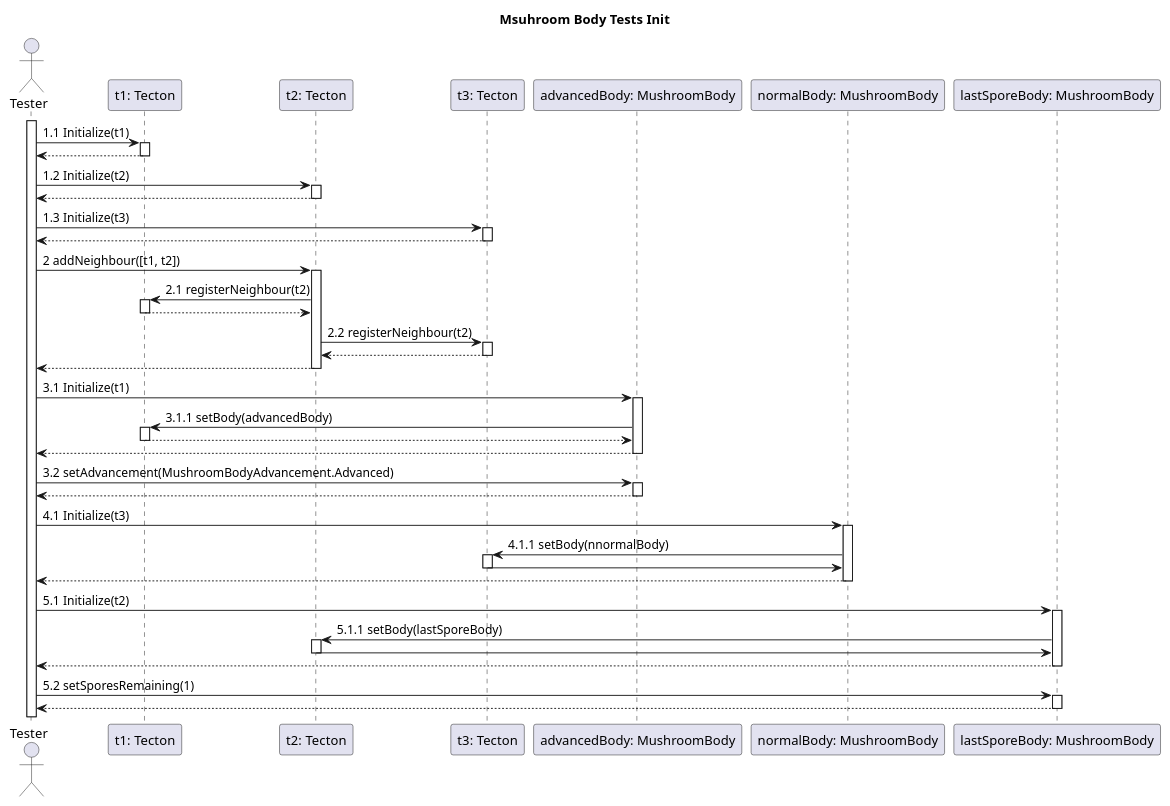
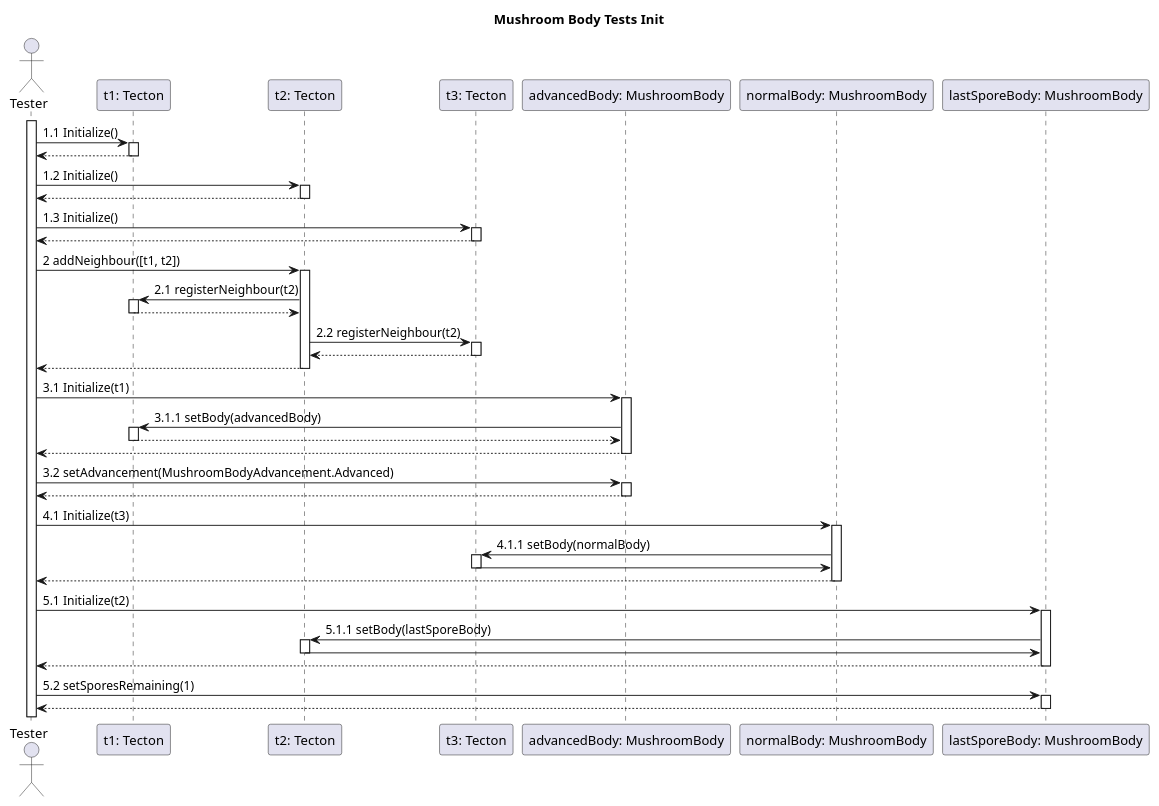
The diagram in diagrams/test-sequence/mushroom/communication-diagrams/mushroomBodyTestsInit.wsd (dzsem/projlab), drawn with PlantUML before and after one commit. The commit also changed 7 other files, not shown here.

Commit message:
Fixed problems in mushroomThreadTestsInit and in mushroomThreadDie, typos and added titles

```diff
--- a/diagrams/test-sequence/mushroom/communication-diagrams/mushroomBodyTestsInit.wsd
+++ b/diagrams/test-sequence/mushroom/communication-diagrams/mushroomBodyTestsInit.wsd
@@ -1,94 +1,94 @@
 @startuml Mushroom Body Tests Init
 
-title Msuhroom Body Tests Init
+title Mushroom Body Tests Init
 
 actor "Tester" as tester
 
 participant "t1: Tecton" as t1
 participant "t2: Tecton" as t2
 participant "t3: Tecton" as t3
 
 participant "advancedBody: MushroomBody" as amb
 participant "normalBody: MushroomBody" as nmb
 participant "lastSporeBody: MushroomBody" as lsmb
 
 activate tester
 
 'Init tectons
-tester -> t1: 1.1 Initialize(t1)
+tester -> t1: 1.1 Initialize()
 activate t1
 t1 --> tester
 deactivate t1
 
-tester -> t2: 1.2 Initialize(t2)
+tester -> t2: 1.2 Initialize()
 activate t2
 t2 --> tester
 deactivate t2
 
-tester -> t3: 1.3 Initialize(t3)
+tester -> t3: 1.3 Initialize()
 activate t3
 t3 --> tester
 deactivate t3
 
 'Set neighbours
 tester -> t2: 2 addNeighbour([t1, t2])
 activate t2
 
 t2 -> t1: 2.1 registerNeighbour(t2)
 activate t1
 t1 --> t2
 deactivate t1
 
 t2 -> t3: 2.2 registerNeighbour(t2)
 activate t3
 t3 --> t2
 deactivate t3
 
 t2 --> tester
 deactivate t2
 
 'Init mushroom bodies
 tester -> amb: 3.1 Initialize(t1)
 activate amb
 
 amb -> t1: 3.1.1 setBody(advancedBody)
 activate t1
 t1 --> amb
 deactivate t1
 
 amb --> tester
 deactivate amb
 
 tester -> amb: 3.2 setAdvancement(MushroomBodyAdvancement.Advanced)
 activate amb
 amb --> tester
 deactivate amb
 
 tester -> nmb: 4.1 Initialize(t3)
 activate nmb
 
-nmb -> t3: 4.1.1 setBody(nnormalBody)
+nmb -> t3: 4.1.1 setBody(normalBody)
 activate t3
 t3 -> nmb
 deactivate t3
 
 nmb --> tester 
 deactivate nmb
 
 tester -> lsmb: 5.1 Initialize(t2)
 activate lsmb
 
 lsmb -> t2: 5.1.1 setBody(lastSporeBody)
 activate t2
 t2 -> lsmb
 deactivate t2
 
 lsmb --> tester
 deactivate lsmb
 
 tester -> lsmb: 5.2 setSporesRemaining(1)
 activate lsmb
 lsmb --> tester
 deactivate lsmb
 
 @enduml
```
